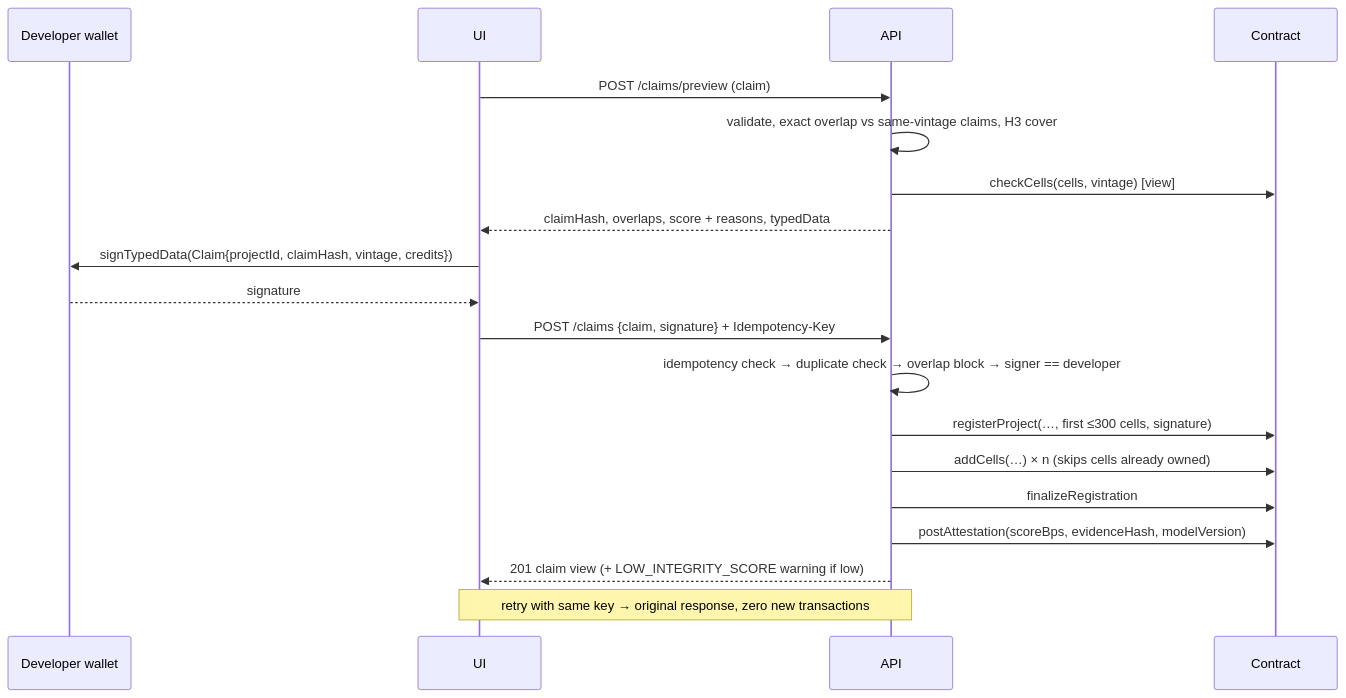
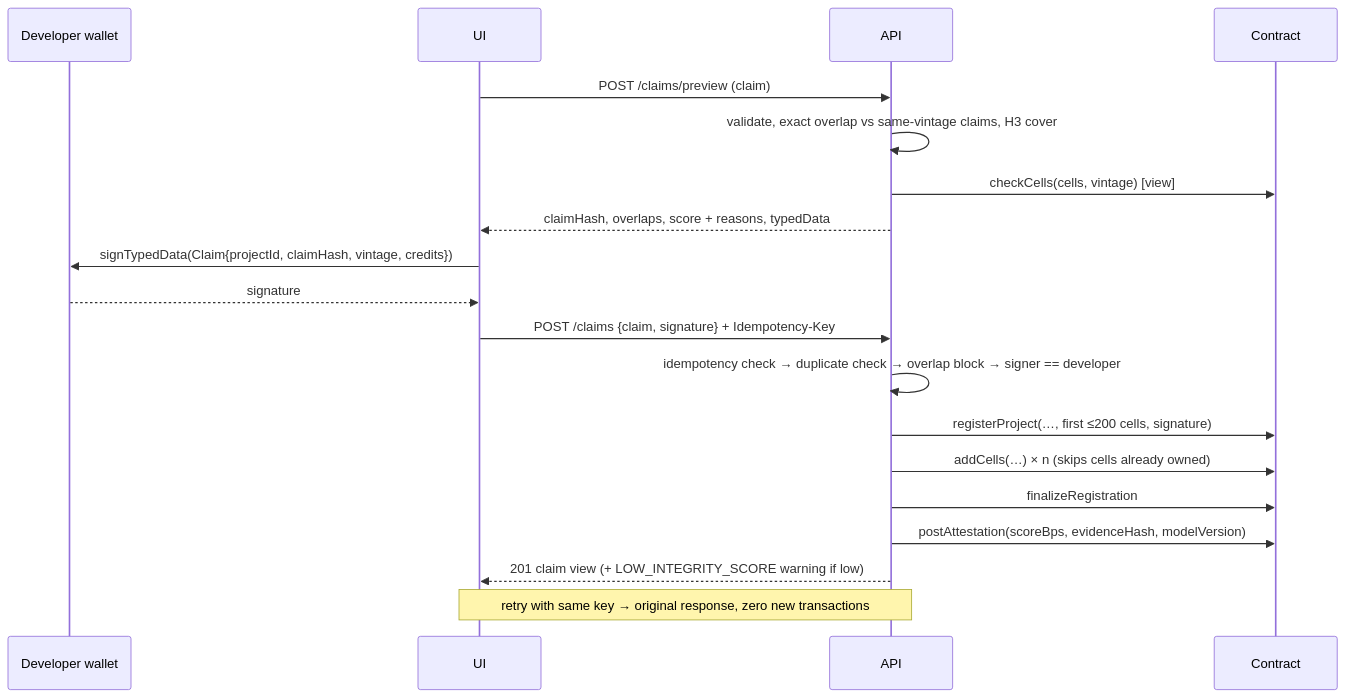
The second of 2 diagrams in docs/ARCHITECTURE.md (VICTOR-VIT-projects/clearcredit), drawn with Mermaid before and after one commit. The commit also changed 8 other files, not shown here.

````diff
--- a/docs/ARCHITECTURE.md
+++ b/docs/ARCHITECTURE.md
@@ -35,21 +35,21 @@
 ```mermaid
 sequenceDiagram
     participant W as Developer wallet
     participant UI
     participant API
     participant C as Contract
     UI->>API: POST /claims/preview (claim)
     API->>API: validate, exact overlap vs same-vintage claims, H3 cover
     API->>C: checkCells(cells, vintage) [view]
     API-->>UI: claimHash, overlaps, score + reasons, typedData
     UI->>W: signTypedData(Claim{projectId, claimHash, vintage, credits})
     W-->>UI: signature
     UI->>API: POST /claims {claim, signature} + Idempotency-Key
     API->>API: idempotency check → duplicate check → overlap block → signer == developer
-    API->>C: registerProject(…, first ≤300 cells, signature)
+    API->>C: registerProject(…, first ≤200 cells, signature)
     API->>C: addCells(…) × n   (skips cells already owned)
     API->>C: finalizeRegistration
     API->>C: postAttestation(scoreBps, evidenceHash, modelVersion)
     API-->>UI: 201 claim view (+ LOW_INTEGRITY_SCORE warning if low)
     Note over UI,API: retry with same key → original response, zero new transactions
 ```
````
